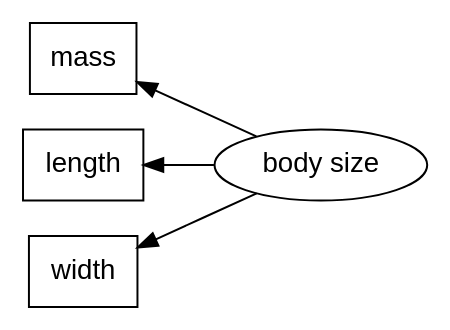
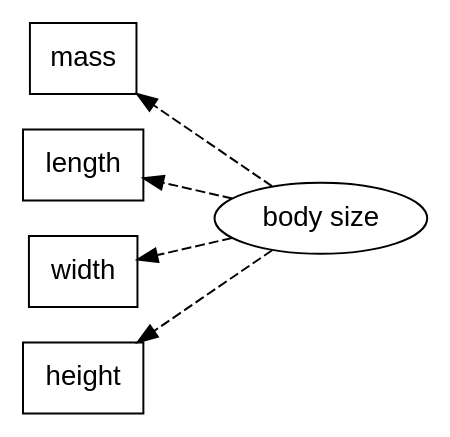
One commit to pennekampster/Swiss_SEM changed the third of 18 diagrams in 5_Slides/Intro_to_SEM_part2.qmd. Above: the diagram before and after it, drawn with Graphviz. The commit also changed other lines of this file and 3 other files, not shown here.

````diff
--- a/5_Slides/Intro_to_SEM_part2.qmd
+++ b/5_Slides/Intro_to_SEM_part2.qmd
@@ -179,24 +207,27 @@
 ```{dot}
 //| fig-width: 4
 //| fig-height=: 2
 digraph  {
 
-    graph [rankdir = LR, fontname = Helvetica]
+  graph [rankdir = LR, fontname = Helvetica]
    
    node [shape=box, fontname = Helvetica]
    X1 [label="mass"];
    X2 [label="length"];
    X3 [label="width"];
+   X4 [label="height"];
 
    
    node [shape=oval]
-    Y [label="body size"]
-    
-    Y -> X1;
-    Y -> X2;
-    Y -> X3;
-    
+  Y [label="body size"]
+  
+  Y -> X1 [style="dashed"];
+  Y -> X2[style="dashed"];
+  Y -> X3[style="dashed"];
+  Y -> X4[style="dashed"];
+   
+  {rank = max; Y}
   {rank = min; X1}
-  {rank = same; X1;X2; X3}
+  {rank = same; X1;X2; X3;X4}
 }
 ```
````
